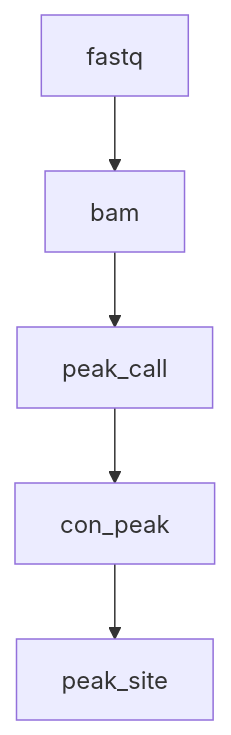
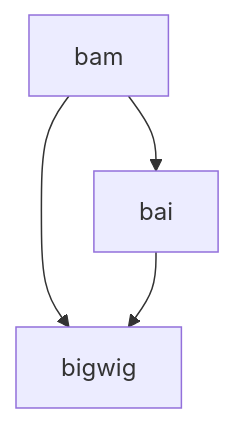
The diagram in README.md (Prekovic-Lab/ChIP-seq_Snakemake_pipeline), drawn with Mermaid before and after one commit. The commit also changed other lines of this file, not shown here.

````diff
--- a/README.md
+++ b/README.md
@@ -4,7 +4,6 @@
 ```mermaid
 flowchart TD
-    fastq --> bam
-    bam --> peak_call
-    peak_call --> con_peak
-    con_peak --> peak_site
+    bam --> bai
+    bam --> bigwig
+    bai --> bigwig
 ```
````
